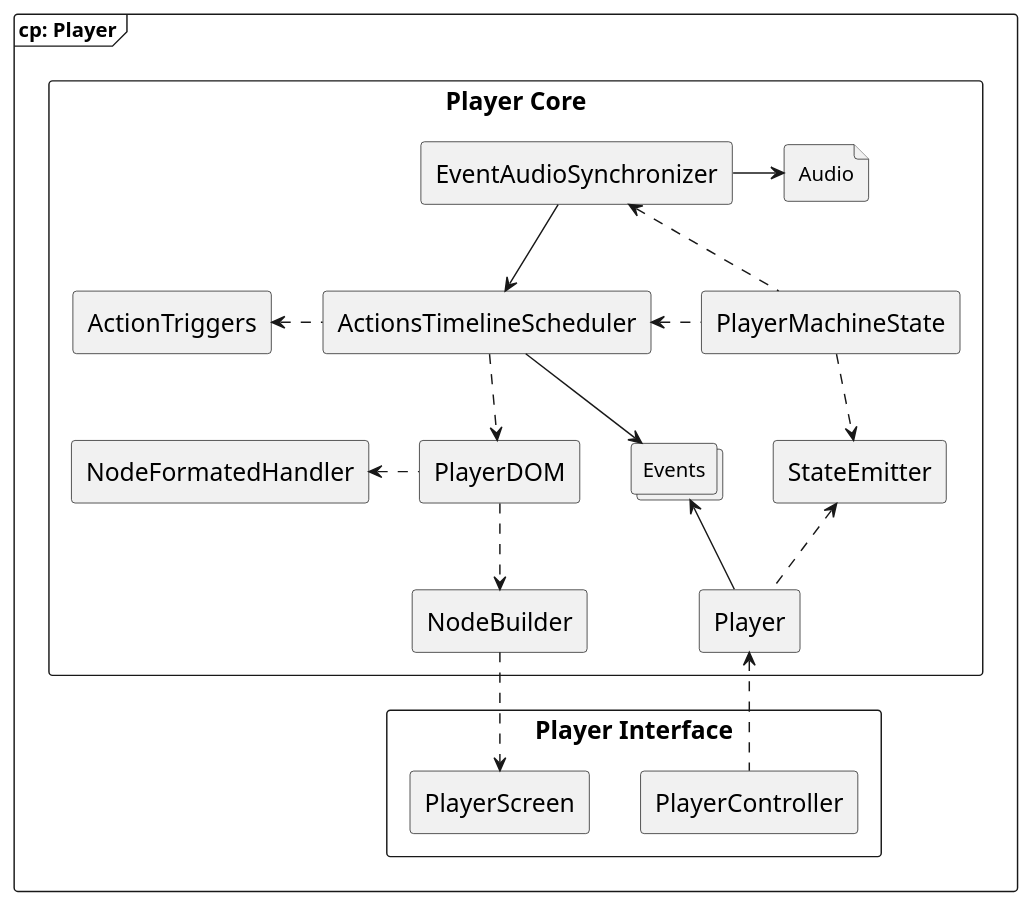
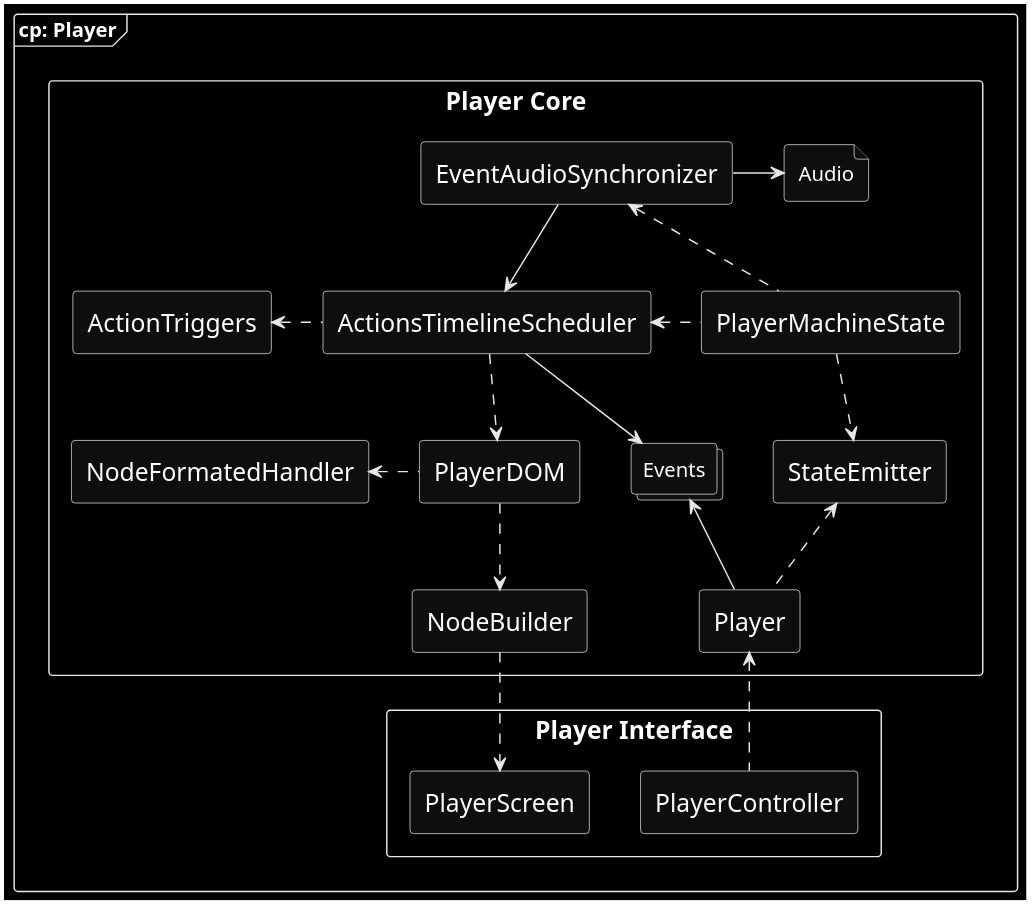
One commit to SSMM0498/arkad-conception changed the diagram in models/6.Component/2.player.puml. Above: the diagram before and after it, drawn with PlantUML. The commit also changed 63 other files, not shown here.

```diff
--- a/models/6.Component/2.player.puml
+++ b/models/6.Component/2.player.puml
@@ -1,35 +1,35 @@
 @startuml "Player Component Diagram"
 skinparam shadowing false
-skinparam monochrome true
+skinparam monochrome reverse
 skinparam componentStyle rectangle
 skinparam component {
   FontSize 17
 }
 
 frame "cp: Player" {
     component "Player Core" {
         [PlayerMachineState] .left.> [ActionsTimelineScheduler]
         [ActionsTimelineScheduler] .left.> [ActionTriggers]
         [Player] .up.> [StateEmitter]
         [StateEmitter] <.up. [PlayerMachineState]
         [ActionsTimelineScheduler] .down.> [PlayerDOM]
         [PlayerDOM] .down.> [NodeBuilder]
         [PlayerDOM] .left.> [NodeFormatedHandler]
         collections Events
         file Audio
         Player -up-> Events
         ActionsTimelineScheduler -down-> Events
         [EventAudioSynchronizer] -down-> ActionsTimelineScheduler
         [EventAudioSynchronizer] -right-> Audio
         [EventAudioSynchronizer] <.down. PlayerMachineState
     }
 
     component "Player Interface" {
         [PlayerScreen]
         [PlayerController]
     }
 
     [PlayerScreen] <.up. [NodeBuilder]
     [PlayerController] .up.> [Player]
 }
 @enduml
```
